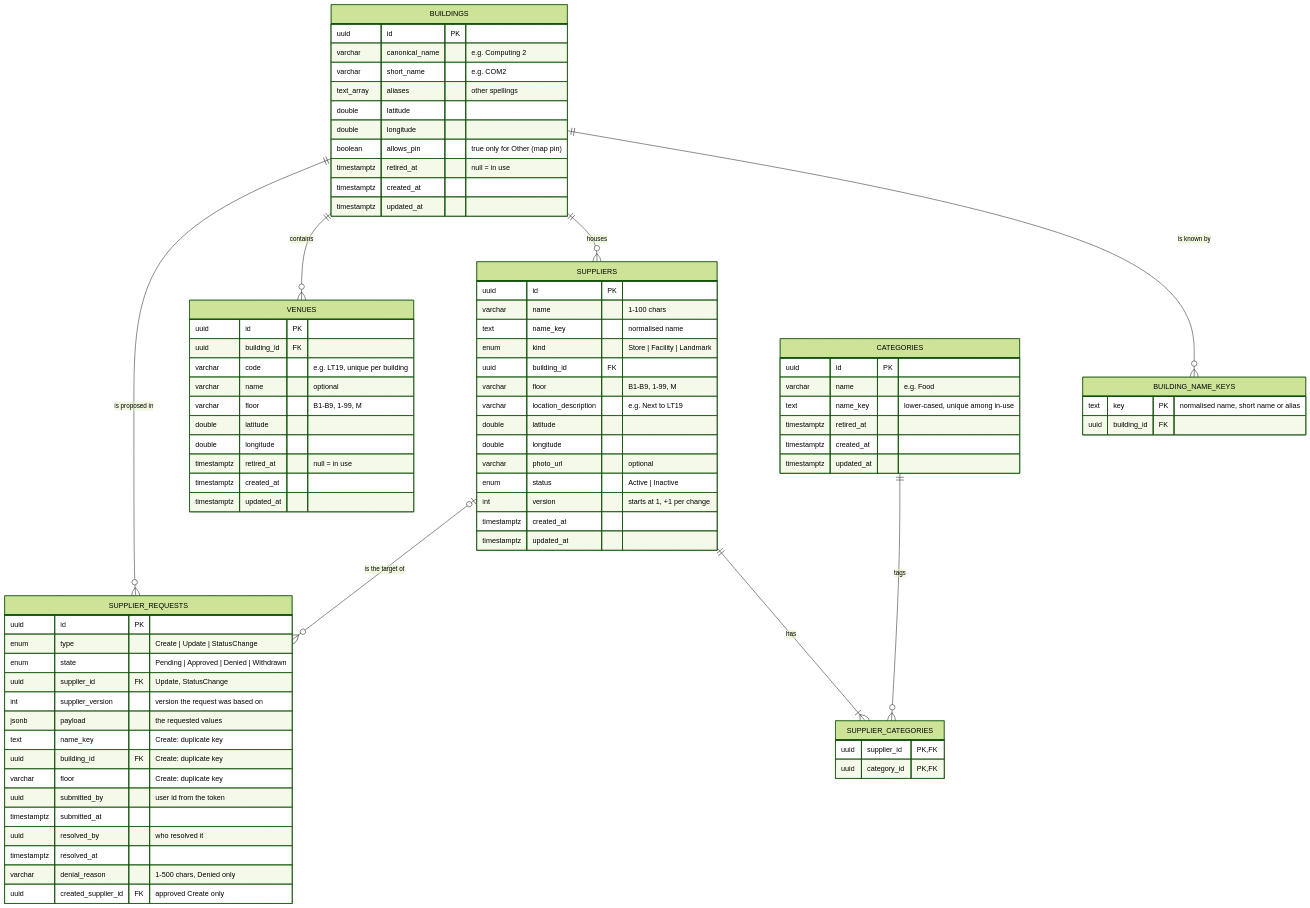
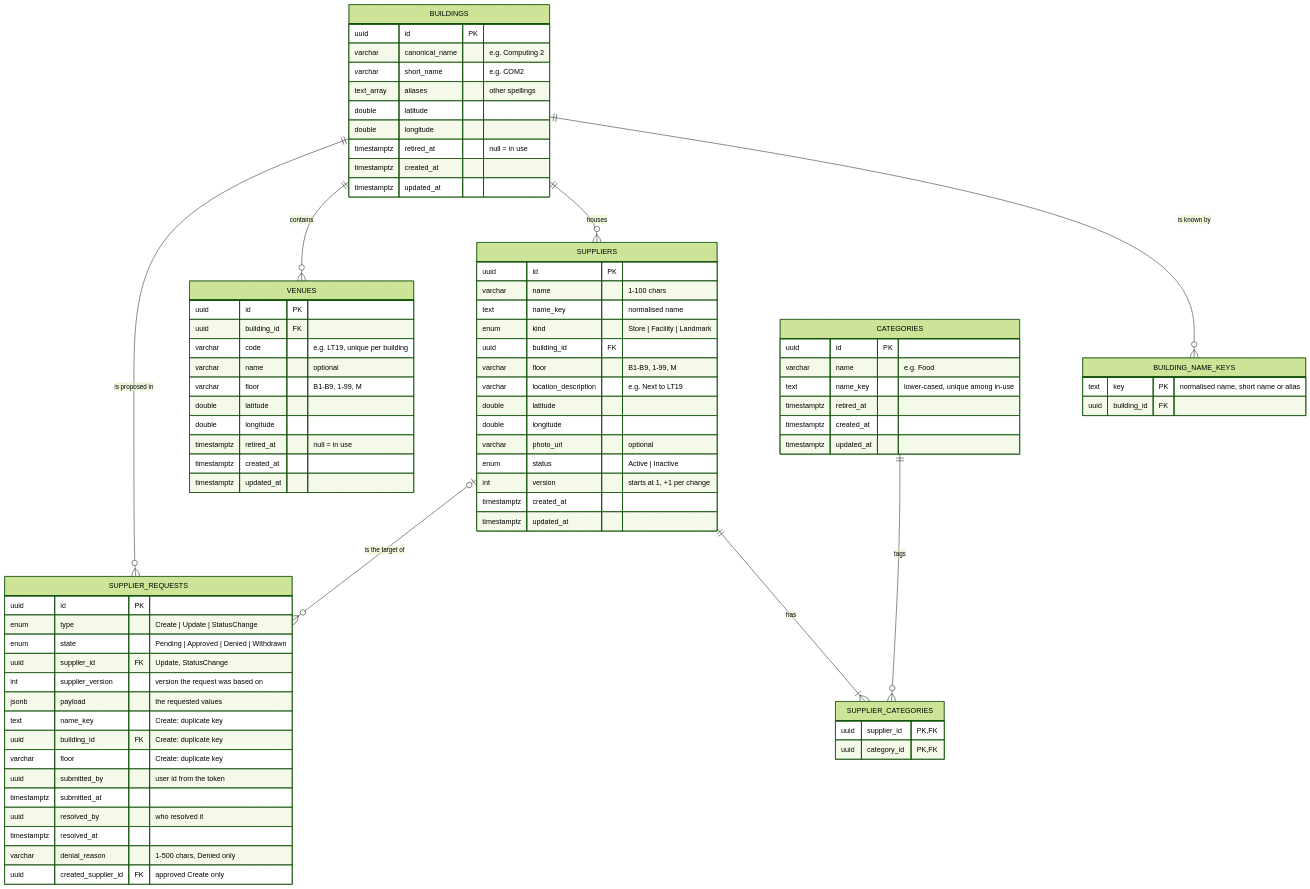
One commit to AY2627S1-CS3219-P27/FoC changed the first of 5 diagrams in supplier-service/README.md. Above: the diagram before and after it, drawn with Mermaid (forest theme). The commit also changed other lines of this file and 1 other file, not shown here.

Commit message:
Document short-name pin identity and the deferred venue admin endpoints

```diff
--- a/supplier-service/README.md
+++ b/supplier-service/README.md
@@ -101,7 +101,6 @@
         text_array aliases "other spellings"
         double latitude
         double longitude
-        boolean allows_pin "true only for Other (map pin)"
         timestamptz retired_at "null = in use"
         timestamptz created_at
         timestamptz updated_at
```
